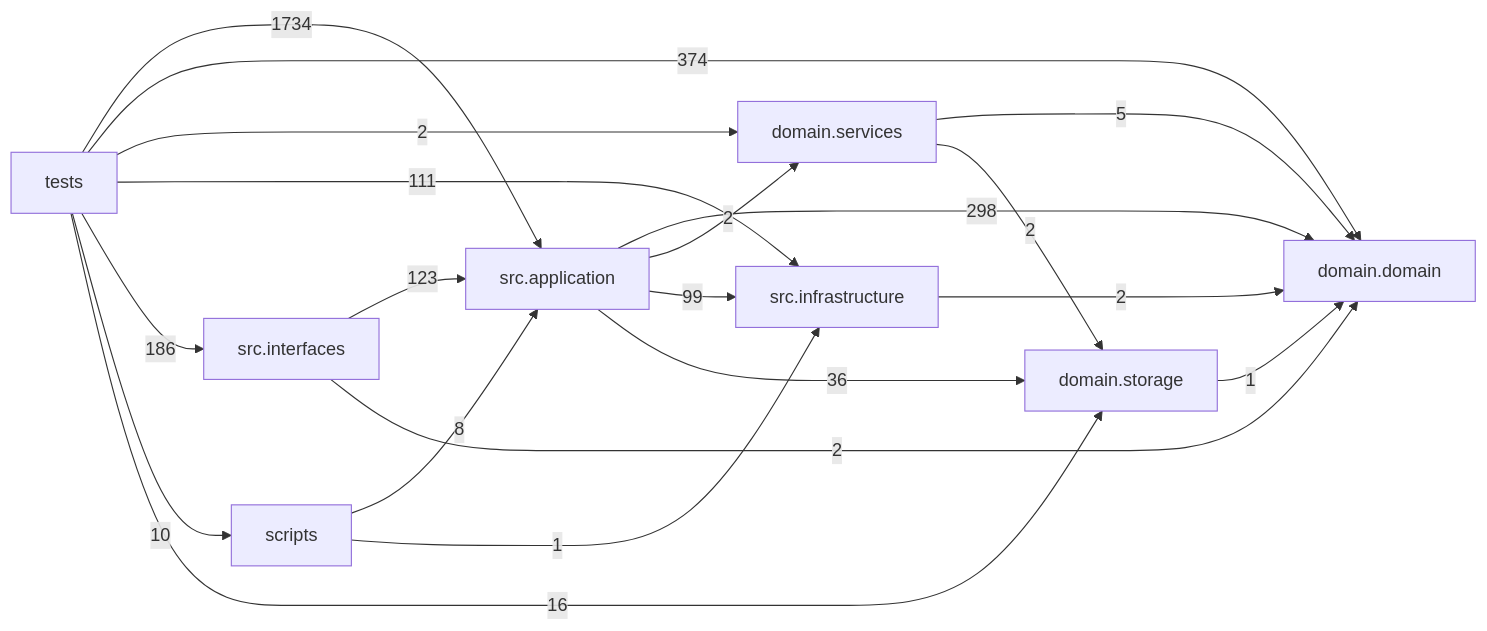
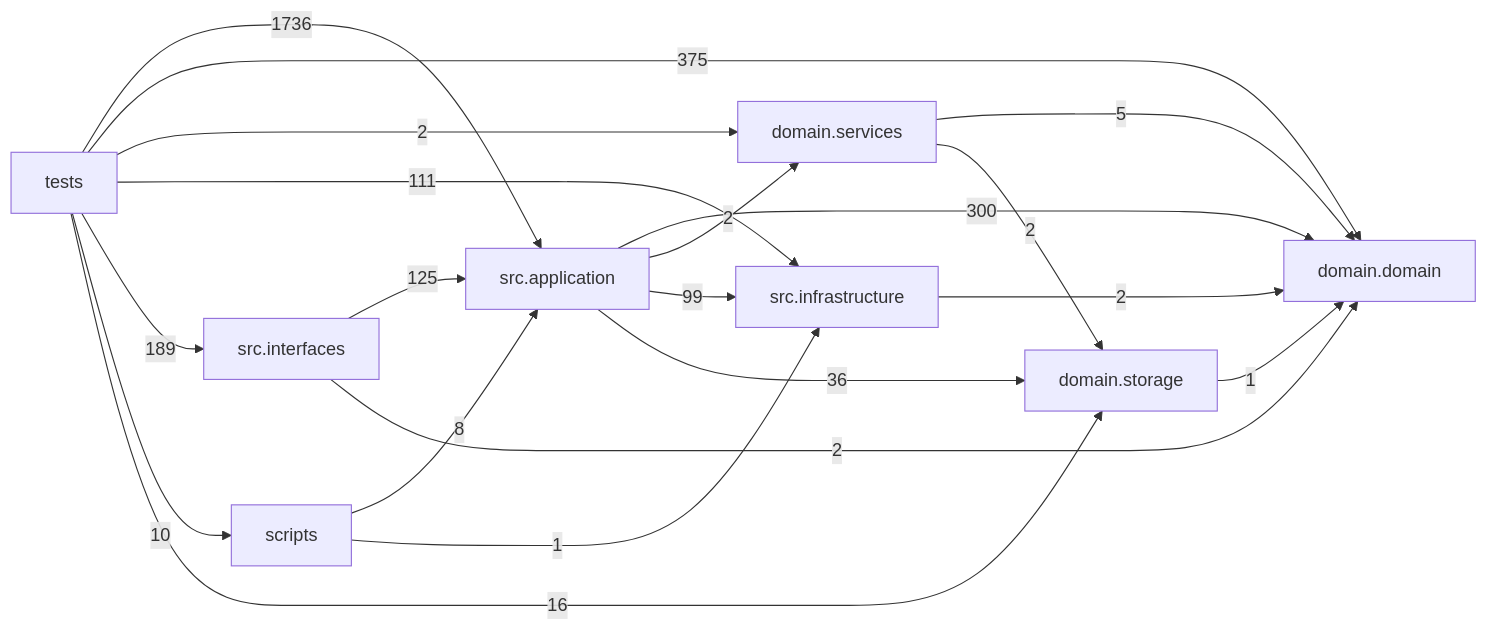
The diagram in docs/DEPENDENCY_GRAPH.md (liuxie066/options-monitor), drawn with Mermaid before and after one commit. The commit also changed other lines of this file and 20 other files, not shown here.

````diff
--- a/docs/DEPENDENCY_GRAPH.md
+++ b/docs/DEPENDENCY_GRAPH.md
@@ -24,30 +24,30 @@
 ```mermaid
 flowchart LR
   tests["tests"]
   scripts["scripts"]
   interfaces["src.interfaces"]
   application["src.application"]
   infrastructure["src.infrastructure"]
   domain_services["domain.services"]
   domain["domain.domain"]
   storage["domain.storage"]
-  application -->|298| domain
+  application -->|300| domain
   application -->|2| domain_services
   application -->|99| infrastructure
   application -->|36| storage
   domain_services -->|5| domain
   domain_services -->|2| storage
   infrastructure -->|2| domain
-  interfaces -->|123| application
+  interfaces -->|125| application
   interfaces -->|2| domain
   scripts -->|8| application
   scripts -->|1| infrastructure
   storage -->|1| domain
-  tests -->|1734| application
-  tests -->|374| domain
+  tests -->|1736| application
+  tests -->|375| domain
   tests -->|2| domain_services
   tests -->|111| infrastructure
-  tests -->|186| interfaces
+  tests -->|189| interfaces
   tests -->|10| scripts
   tests -->|16| storage
 ```
````
